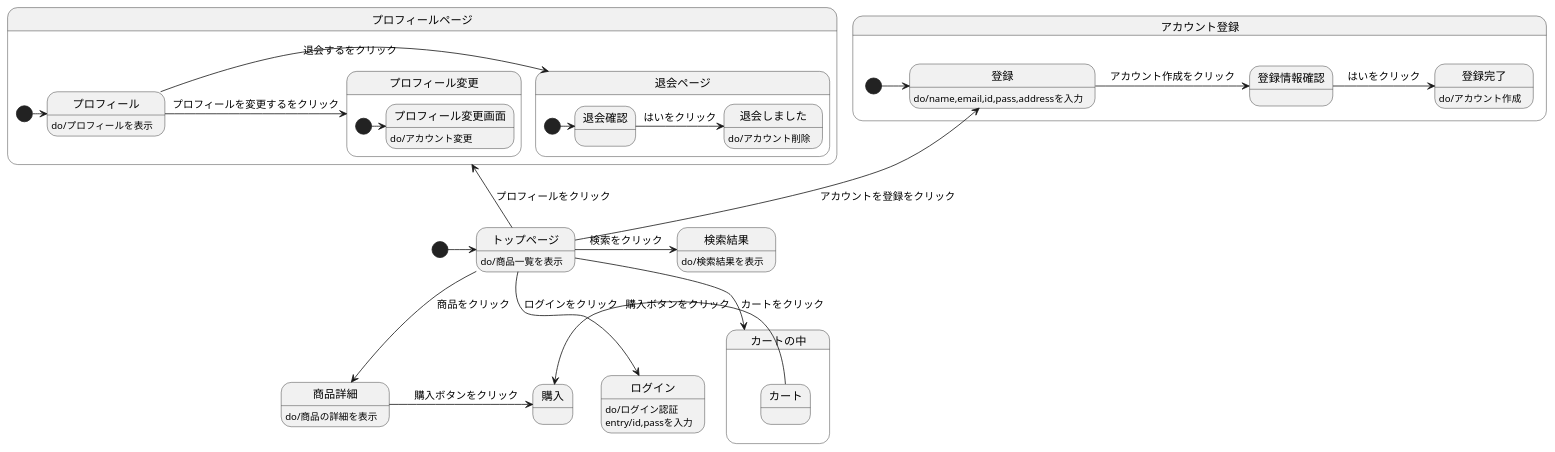
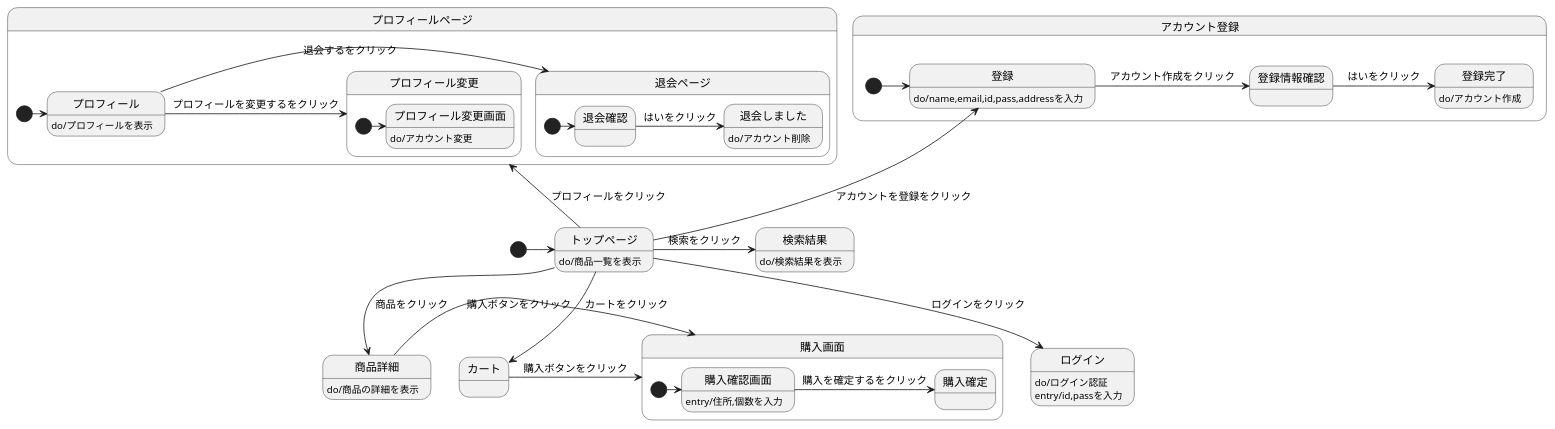
Before and after one commit to Aso2001159/2021sys-design: the diagram in stm01.md, drawn with PlantUML.

````diff
--- a/stm01.md
+++ b/stm01.md
@@ -1,44 +1,47 @@
 ```uml
 
 @startuml
 [*]->トップページ
 トップページ : do/商品一覧を表示
 トップページ-->商品詳細 : 商品をクリック
   商品詳細 : do/商品の詳細を表示
-  商品詳細->購入 :　購入ボタンをクリック
+  商品詳細-> 購入画面 :　購入ボタンをクリック
 トップページ-down->ログイン :ログインをクリック
   ログイン : do/ログイン認証
   ログイン : entry/id,passを入力
-トップページ-->カートの中 :カートをクリック
-state カートの中{
-  カート -> 購入 : 購入ボタンをクリック
+トップページ-->カート :カートをクリック
+カート -> 購入画面 : 購入ボタンをクリック
+state 購入画面{
+  [*]-> 購入確認画面
+  購入確認画面 : entry/住所,個数を入力
+  購入確認画面 -> 購入確定 : 購入を確定するをクリック
 }
 state アカウント登録{
 [*]-> 登録 
   トップページ-up-> 登録 :アカウントを登録をクリック
   登録 : do/name,email,id,pass,addressを入力
   登録 ->登録情報確認: アカウント作成をクリック
   登録情報確認 -> 登録完了: はいをクリック
     登録完了: do/アカウント作成
   }
 トップページ->検索結果 :検索をクリック
   検索結果 : do/検索結果を表示
 トップページ-up->プロフィールページ :プロフィールをクリック
 state プロフィールページ{
 [*] -> プロフィール
 プロフィール : do/プロフィールを表示
   プロフィール ->退会ページ :退会するをクリック
   state 退会ページ{
     [*]-> 退会確認 
     退会確認-> 退会しました : はいをクリック
       退会しました : do/アカウント削除
     }
     プロフィール -> プロフィール変更 : プロフィールを変更するをクリック
     state プロフィール変更{
       [*]-> プロフィール変更画面
       プロフィール変更画面 : do/アカウント変更
     }
  }
 @enduml
 
 ```
````
